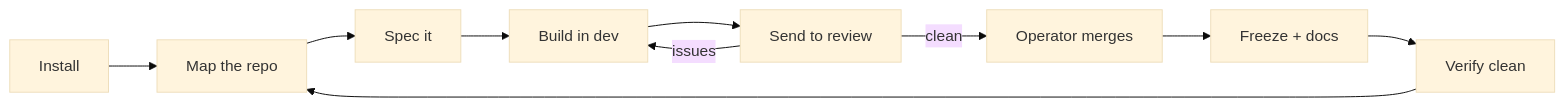
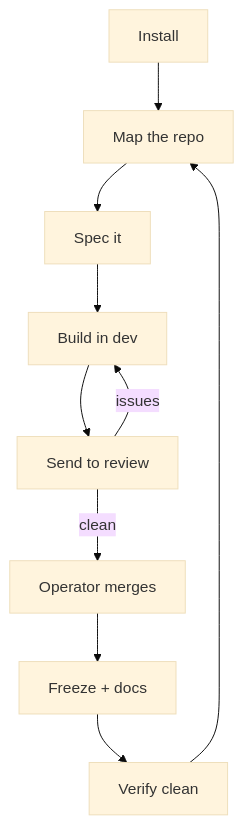
The second of 2 diagrams in README.md (jedbjorn/subfloor), drawn with Mermaid (base theme) before and after one commit.

Commit message:
docs(readme): make the workflow loop diagram vertical
The loop mermaid had 9 nodes plus two back-edges packed left-to-right, so
it rendered small and cramped. Switch to a top-down layout (graph TD) so
the steps stack and read large. (The Overview architecture diagram stays
LR — a short linear chain reads fine horizontally.)

````diff
--- a/README.md
+++ b/README.md
@@ -126,12 +126,12 @@
 ```mermaid
-graph LR
+graph TD
   I[Install]:::class1 --> C[Map the repo]:::class2
   C --> S[Spec it]:::class1
   S --> D[Build in dev]:::class1
   D --> R[Send to review]:::class2
   R -->|issues| D
   R -->|clean| M[Operator merges]:::class4
   M --> F[Freeze + docs]:::class3
   F --> V[Verify clean]:::class3
   V --> C
 ```
````
